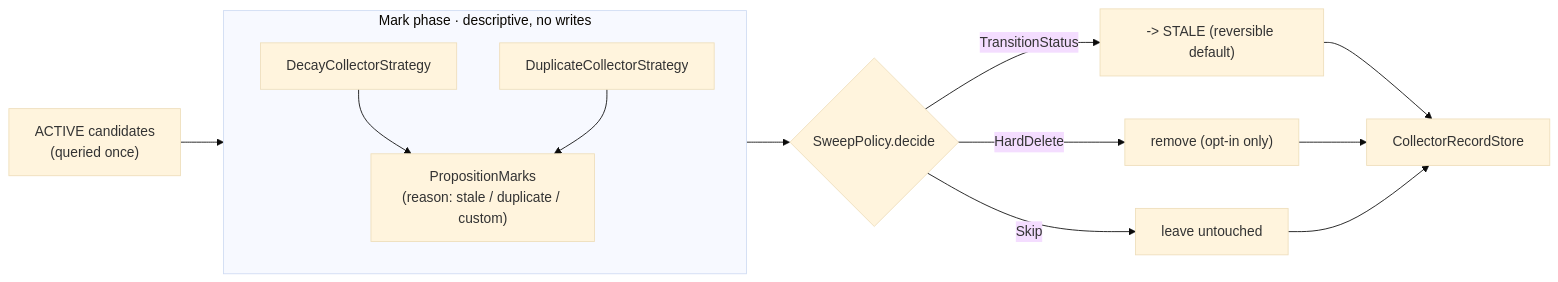
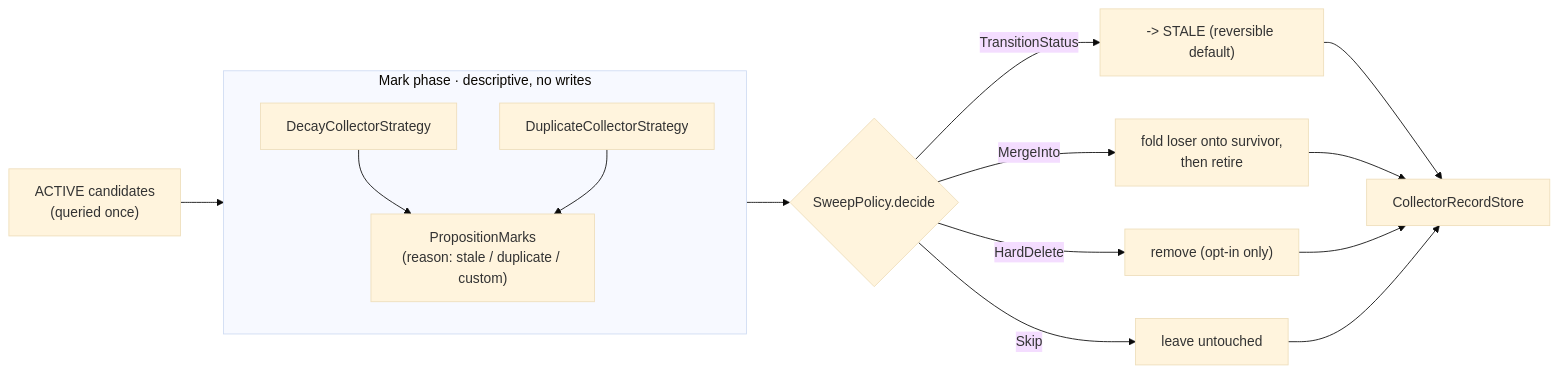
One commit to embabel/dice changed the first of 5 diagrams in docs/design/reclamation-and-collector.md. Above: the diagram before and after it, drawn with Mermaid (base theme). The commit also changed other lines of this file and 19 other files, not shown here.

````diff
--- a/docs/design/reclamation-and-collector.md
+++ b/docs/design/reclamation-and-collector.md
@@ -11,16 +11,18 @@
 ```mermaid
 flowchart LR
     Q["ACTIVE candidates<br/>(queried once)"] --> MARK
     subgraph MARK ["Mark phase · descriptive, no writes"]
         direction TB
         S1[DecayCollectorStrategy] --> M["PropositionMarks<br/>(reason: stale / duplicate / custom)"]
         S2[DuplicateCollectorStrategy] --> M
     end
     M --> SWEEP{"SweepPolicy.decide"}
     SWEEP -->|TransitionStatus| T["-> STALE (reversible default)"]
+    SWEEP -->|MergeInto| MG["fold loser onto survivor,<br/>then retire"]
     SWEEP -->|HardDelete| D["remove (opt-in only)"]
     SWEEP -->|Skip| K["leave untouched"]
     T --> REC[CollectorRecordStore]
+    MG --> REC
     D --> REC
     K --> REC
 ```
````
